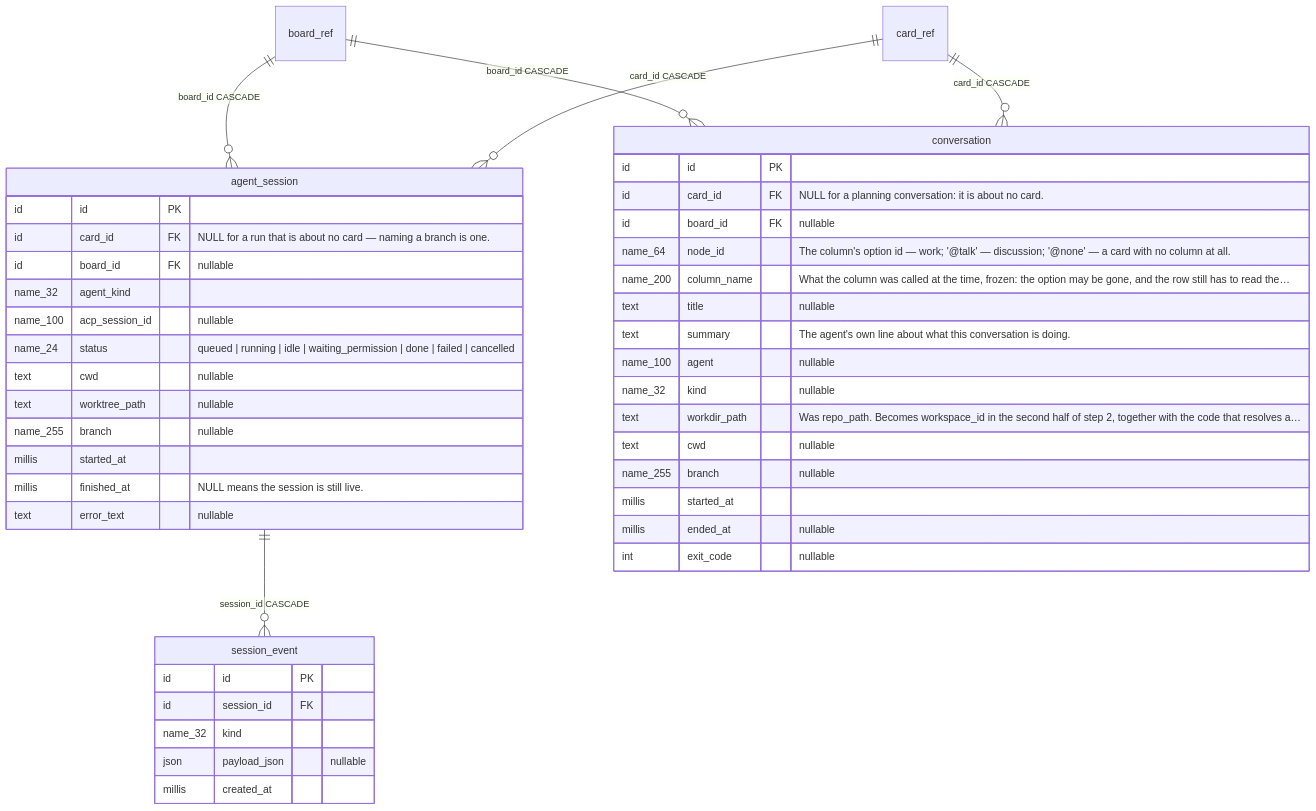
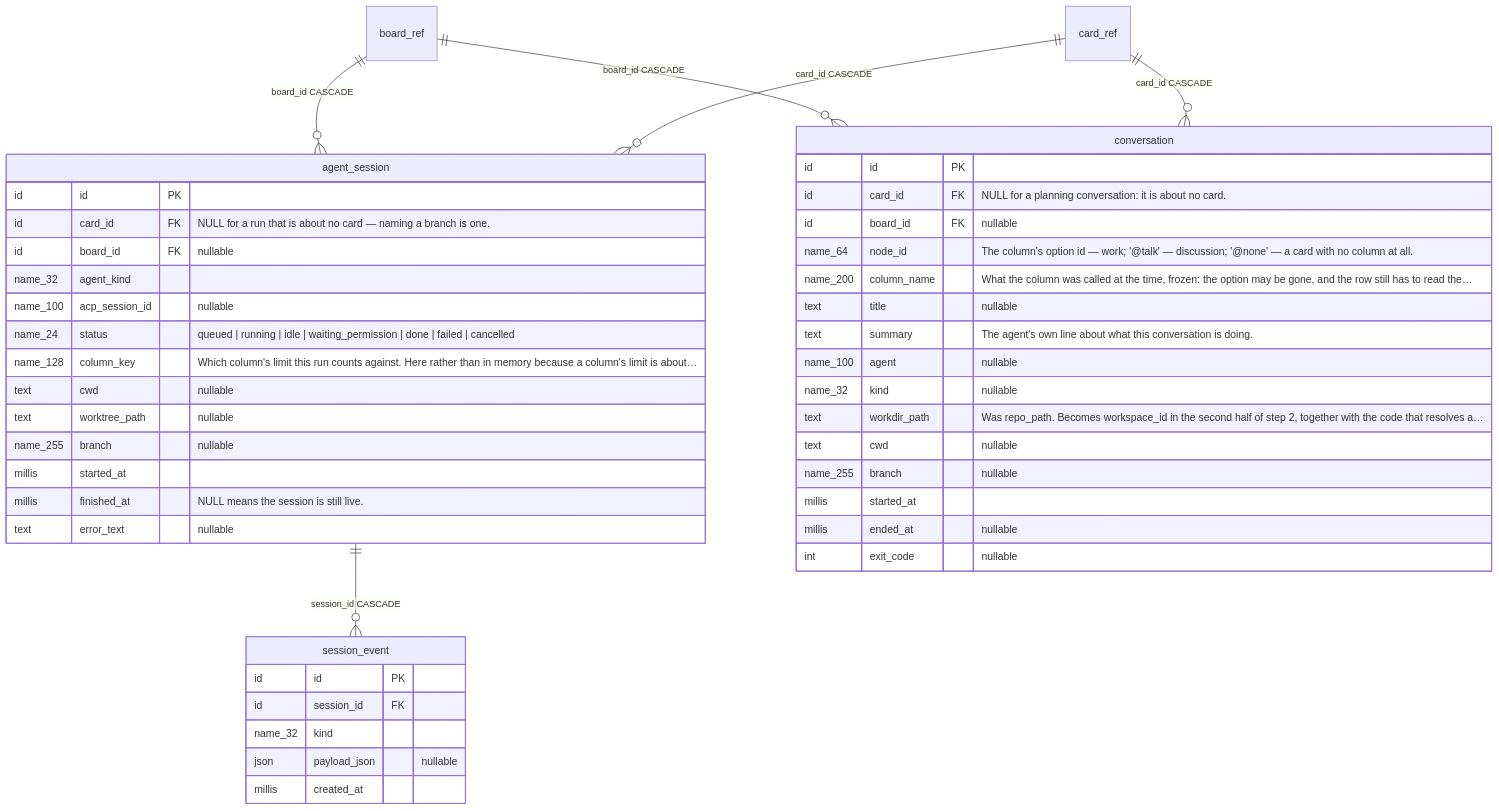
Before and after one commit to artipop/pourquoipas: the fifth of 9 diagrams in docs/schema/erd.md, drawn with Mermaid. The commit also changed 8 other files, not shown here.

````diff
--- a/docs/schema/erd.md
+++ b/docs/schema/erd.md
@@ -350,47 +350,48 @@
 ```mermaid
 erDiagram
     agent_session ||--o{ session_event : "session_id CASCADE"
     board_ref ||--o{ agent_session : "board_id CASCADE"
     board_ref ||--o{ conversation : "board_id CASCADE"
     card_ref ||--o{ agent_session : "card_id CASCADE"
     card_ref ||--o{ conversation : "card_id CASCADE"
 
     conversation {
         id id PK
         id card_id FK "NULL for a planning conversation: it is about no card."
         id board_id FK "nullable"
         name_64 node_id "The column's option id — work; '@talk' — discussion; '@none' — a card with no column at all."
         name_200 column_name "What the column was called at the time, frozen: the option may be gone, and the row still has to read the…"
         text title "nullable"
         text summary "The agent's own line about what this conversation is doing."
         name_100 agent "nullable"
         name_32 kind "nullable"
         text workdir_path "Was repo_path. Becomes workspace_id in the second half of step 2, together with the code that resolves a…"
         text cwd "nullable"
         name_255 branch "nullable"
         millis started_at
         millis ended_at "nullable"
         int exit_code "nullable"
     }
     agent_session {
         id id PK
         id card_id FK "NULL for a run that is about no card — naming a branch is one."
         id board_id FK "nullable"
         name_32 agent_kind
         name_100 acp_session_id "nullable"
         name_24 status "queued | running | idle | waiting_permission | done | failed | cancelled"
+        name_128 column_key "Which column's limit this run counts against. Here rather than in memory because a column's limit is about…"
         text cwd "nullable"
         text worktree_path "nullable"
         name_255 branch "nullable"
         millis started_at
         millis finished_at "NULL means the session is still live."
         text error_text "nullable"
     }
     session_event {
         id id PK
         id session_id FK
         name_32 kind
         json payload_json "nullable"
         millis created_at
     }
 ```
````
